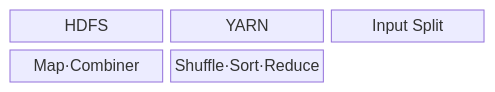
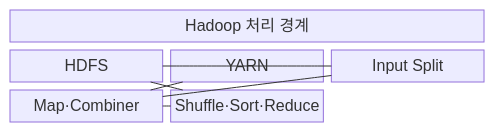
One commit to agnusdei1207/knowledge-base changed the first of 2 diagrams in src/content/docs/notes/03-software/116_hadoop_mapreduce.md. Above: the diagram before and after it, drawn with Mermaid. The commit also changed other lines of this file and 20 other files, not shown here.

````diff
--- a/src/content/docs/notes/03-software/116_hadoop_mapreduce.md
+++ b/src/content/docs/notes/03-software/116_hadoop_mapreduce.md
@@ -64,9 +66,15 @@
 ```mermaid
-block-beta
+block
   columns 3
+  A["Hadoop 처리 경계"]:3
   H["HDFS"]
   Y["YARN"]
   I["Input Split"]
   M["Map·Combiner"]
   R["Shuffle·Sort·Reduce"]
+  H --- I
+  Y --- M
+  I --- M
+  M --- R
+  R --- H
 ```
````
